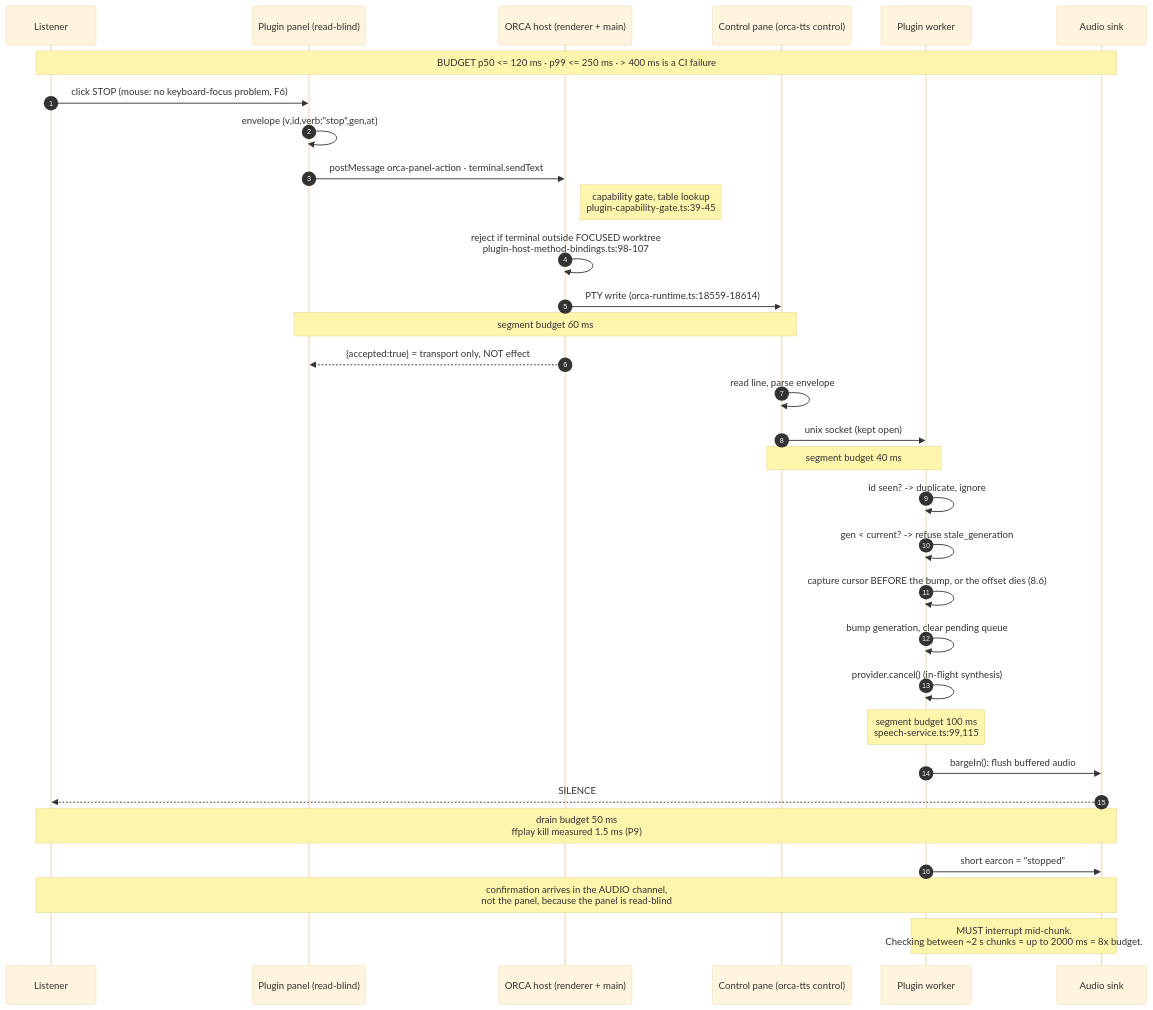
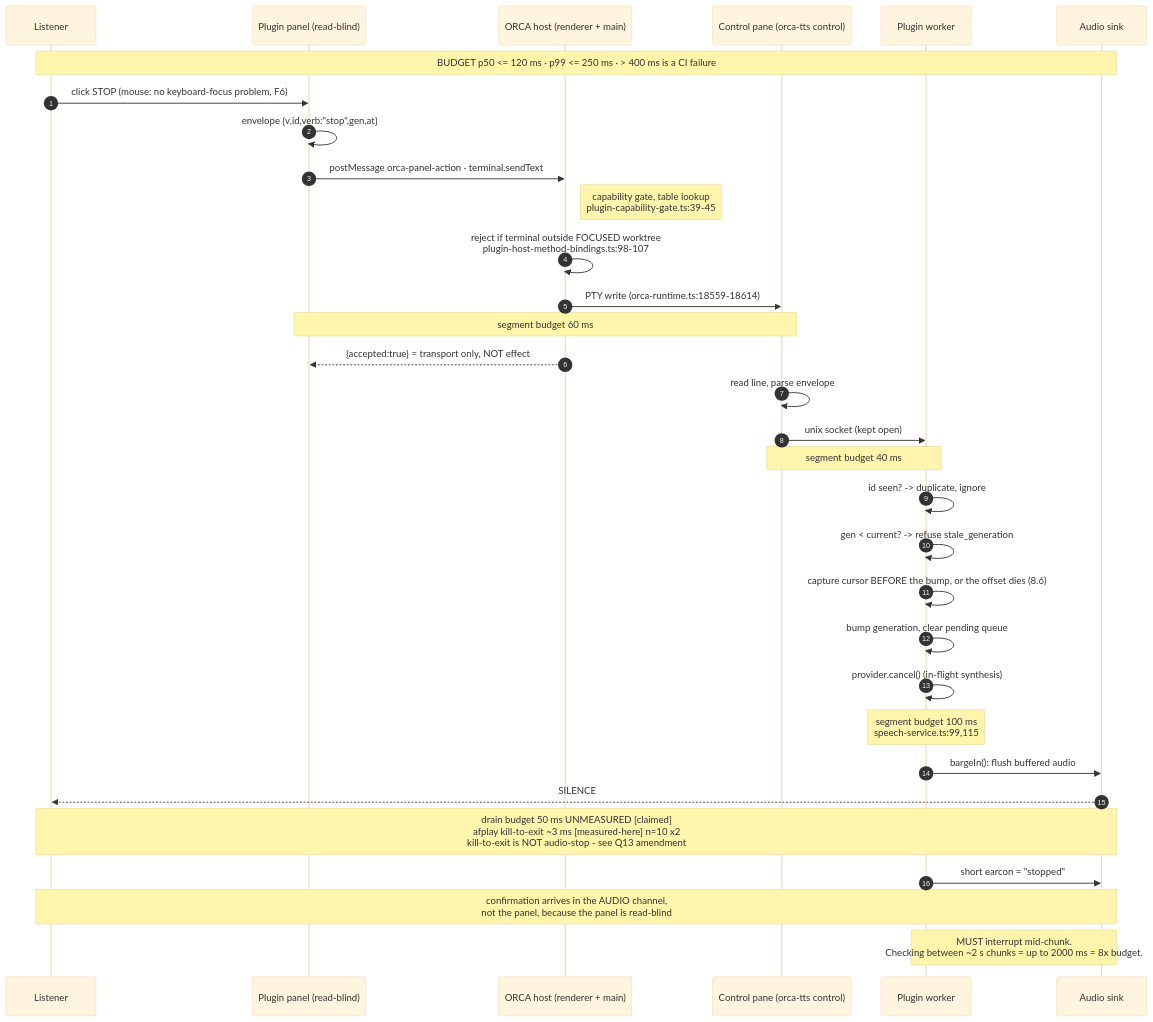
Before and after one commit to YoraiLevi/2026-08-orca-plugin-tts-archived: the second of 3 diagrams in docs/.discussion/003-panel-and-control-channel.md, drawn with Mermaid (base theme). The commit also changed other lines of this file and 4 other files, not shown here.

````diff
--- a/docs/.discussion/003-panel-and-control-channel.md
+++ b/docs/.discussion/003-panel-and-control-channel.md
@@ -1418,40 +1477,40 @@
 ```mermaid
 sequenceDiagram
     autonumber
     participant U as Listener
     participant P as Plugin panel (read-blind)
     participant H as ORCA host (renderer + main)
     participant T as Control pane (orca-tts control)
     participant W as Plugin worker
     participant S as Audio sink
 
     Note over U,S: BUDGET p50 <= 120 ms · p99 <= 250 ms · > 400 ms is a CI failure
 
     U->>P: click STOP (mouse: no keyboard-focus problem, F6)
     P->>P: envelope {v,id,verb:"stop",gen,at}
     P->>H: postMessage orca-panel-action · terminal.sendText
     Note right of H: capability gate, table lookup<br/>plugin-capability-gate.ts:39-45
     H->>H: reject if terminal outside FOCUSED worktree<br/>plugin-host-method-bindings.ts:98-107
     H->>T: PTY write (orca-runtime.ts:18559-18614)
     Note over P,T: segment budget 60 ms
     H-->>P: {accepted:true} = transport only, NOT effect
 
     T->>T: read line, parse envelope
     T->>W: unix socket (kept open)
     Note over T,W: segment budget 40 ms
 
     W->>W: id seen? -> duplicate, ignore
     W->>W: gen < current? -> refuse stale_generation
     W->>W: capture cursor BEFORE the bump, or the offset dies (8.6)
     W->>W: bump generation, clear pending queue
     W->>W: provider.cancel()  (in-flight synthesis)
     Note over W: segment budget 100 ms<br/>speech-service.ts:99,115
     W->>S: bargeIn(): flush buffered audio
     S-->>U: SILENCE
-    Note over S,U: drain budget 50 ms<br/>ffplay kill measured 1.5 ms (P9)
+    Note over S,U: drain budget 50 ms UNMEASURED [claimed]<br/>afplay kill-to-exit ~3 ms [measured-here] n=10 x2<br/>kill-to-exit is NOT audio-stop - see Q13 amendment
 
     W->>S: short earcon = "stopped"
     Note over U,S: confirmation arrives in the AUDIO channel,<br/>not the panel, because the panel is read-blind
 
     Note over W,S: MUST interrupt mid-chunk.<br/>Checking between ~2 s chunks = up to 2000 ms = 8x budget.
 ```
````
